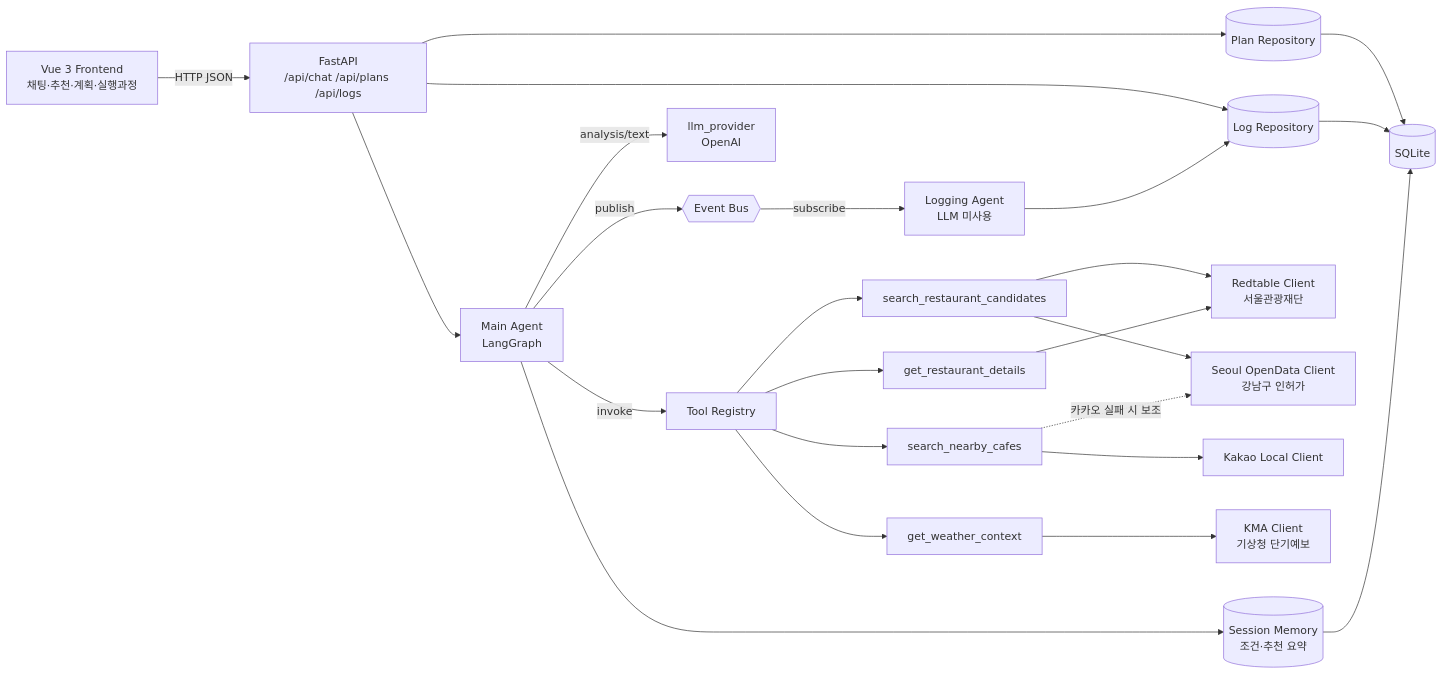
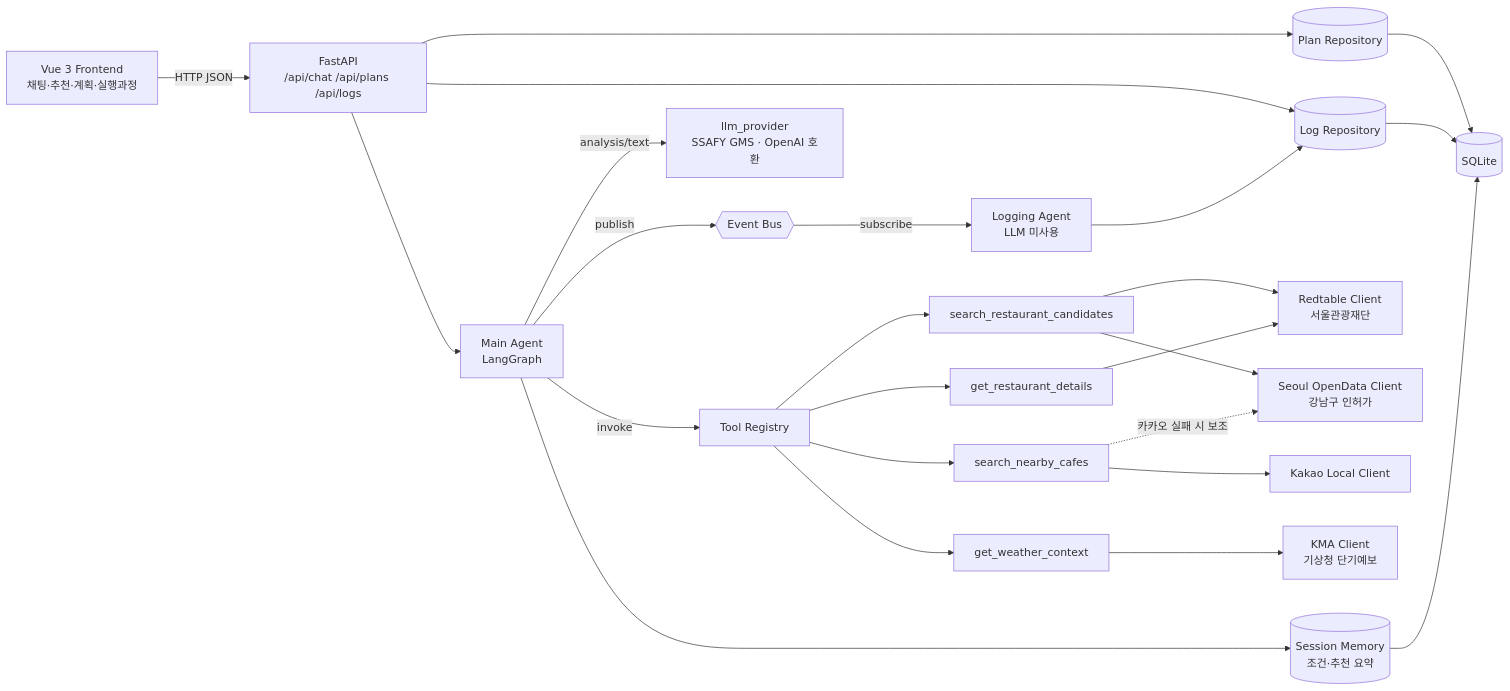
One commit to yeonddyu/babkagong changed the first of 2 diagrams in docs/architecture.md. Above: the diagram before and after it, drawn with Mermaid. The commit also changed 5 other files, not shown here.

First line of the commit message:
docs: LLM 을 SSAFY GMS 로 전환한 검증 결과 반영

````diff
--- a/docs/architecture.md
+++ b/docs/architecture.md
@@ -5,23 +5,23 @@
 ```mermaid
 flowchart LR
   UI[Vue 3 Frontend<br/>채팅·추천·계획·실행과정] -->|HTTP JSON| API[FastAPI<br/>/api/chat /api/plans /api/logs]
   API --> AG[Main Agent<br/>LangGraph]
   API --> PR[(Plan Repository)]
   API --> LR[(Log Repository)]
   AG -->|invoke| REG[Tool Registry]
   REG --> T1[search_restaurant_candidates]
   REG --> T2[get_restaurant_details]
   REG --> T3[search_nearby_cafes]
   REG --> T4[get_weather_context]
   T1 & T2 --> C1[Redtable Client<br/>서울관광재단]
   T1 --> C2[Seoul OpenData Client<br/>강남구 인허가]
   T3 --> C3[Kakao Local Client]
   T3 -. 카카오 실패 시 보조 .-> C2
   T4 --> C4[KMA Client<br/>기상청 단기예보]
   AG -->|publish| BUS{{Event Bus}}
   BUS -->|subscribe| LA[Logging Agent<br/>LLM 미사용]
   LA --> LR
-  AG -->|analysis/text| LLM[llm_provider<br/>OpenAI]
+  AG -->|analysis/text| LLM[llm_provider<br/>SSAFY GMS · OpenAI 호환]
   AG --> MEM[(Session Memory<br/>조건·추천 요약)]
   PR & LR & MEM --> DB[(SQLite)]
 ```
````
